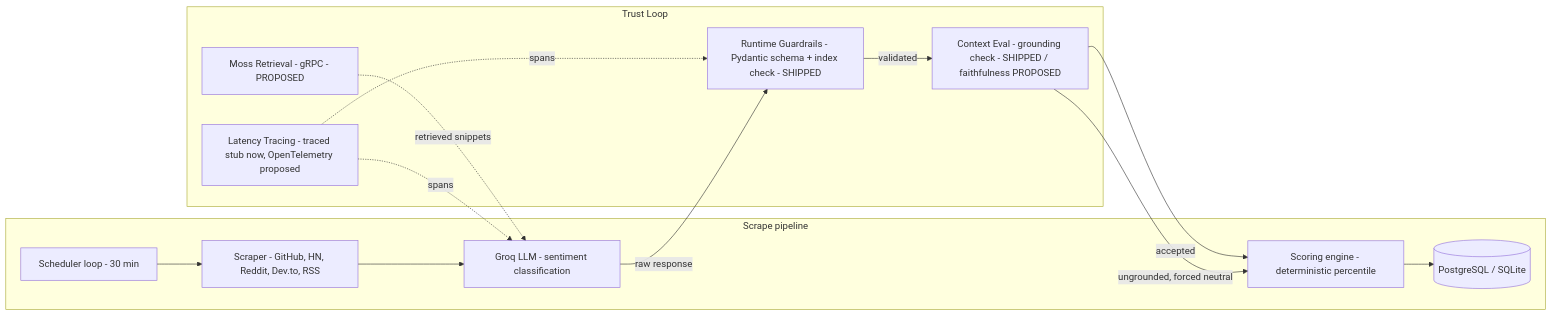
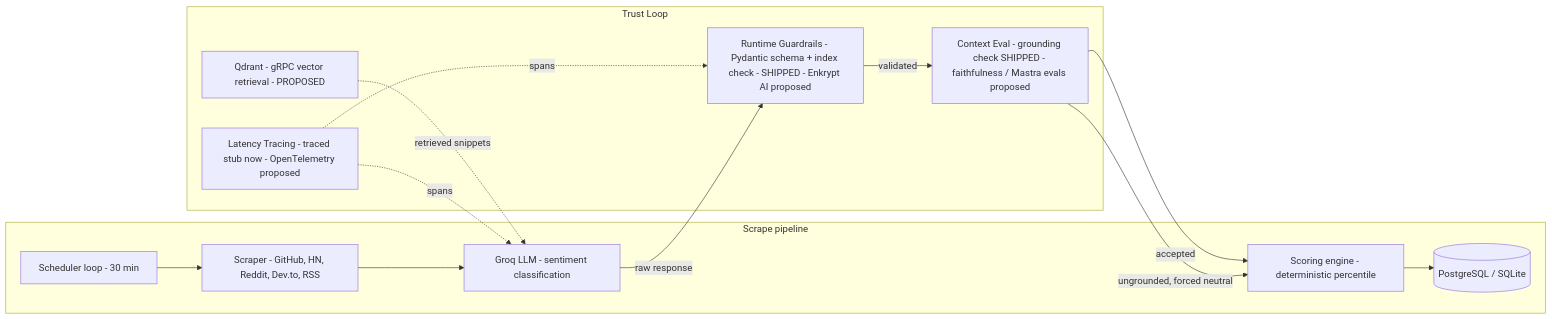
One commit to amantebriwal4321/StackRadar changed the diagram in README.md. Above: the diagram before and after it, drawn with Mermaid. The commit also changed other lines of this file and 1 other file, not shown here.

First line of the commit message:
docs(guardrails): name the real sprint stack (Enkrypt AI / Qdrant / Mastra)

````diff
--- a/README.md
+++ b/README.md
@@ -91,27 +92,27 @@
 ```mermaid
 flowchart LR
     subgraph current["Scrape pipeline"]
         SC[Scheduler loop - 30 min]
         SCR[Scraper - GitHub, HN, Reddit, Dev.to, RSS]
         GROQ[Groq LLM - sentiment classification]
         SCORE[Scoring engine - deterministic percentile]
         DB[(PostgreSQL / SQLite)]
         SC --> SCR --> GROQ
         SCORE --> DB
     end
 
     subgraph trustloop["Trust Loop"]
-        GUARD[Runtime Guardrails - Pydantic schema + index check - SHIPPED]
-        EVAL[Context Eval - grounding check - SHIPPED / faithfulness PROPOSED]
-        MOSS[Moss Retrieval - gRPC - PROPOSED]
-        TRACE[Latency Tracing - traced stub now, OpenTelemetry proposed]
+        GUARD[Runtime Guardrails - Pydantic schema + index check - SHIPPED - Enkrypt AI proposed]
+        EVAL[Context Eval - grounding check SHIPPED - faithfulness / Mastra evals proposed]
+        QDRANT[Qdrant - gRPC vector retrieval - PROPOSED]
+        TRACE[Latency Tracing - traced stub now - OpenTelemetry proposed]
     end
 
-    MOSS -. retrieved snippets .-> GROQ
+    QDRANT -. retrieved snippets .-> GROQ
     GROQ -- raw response --> GUARD
     GUARD -- validated --> EVAL
     EVAL -- accepted --> SCORE
     EVAL -- ungrounded, forced neutral --> SCORE
     TRACE -. spans .-> GROQ
     TRACE -. spans .-> GUARD
 ```
````
